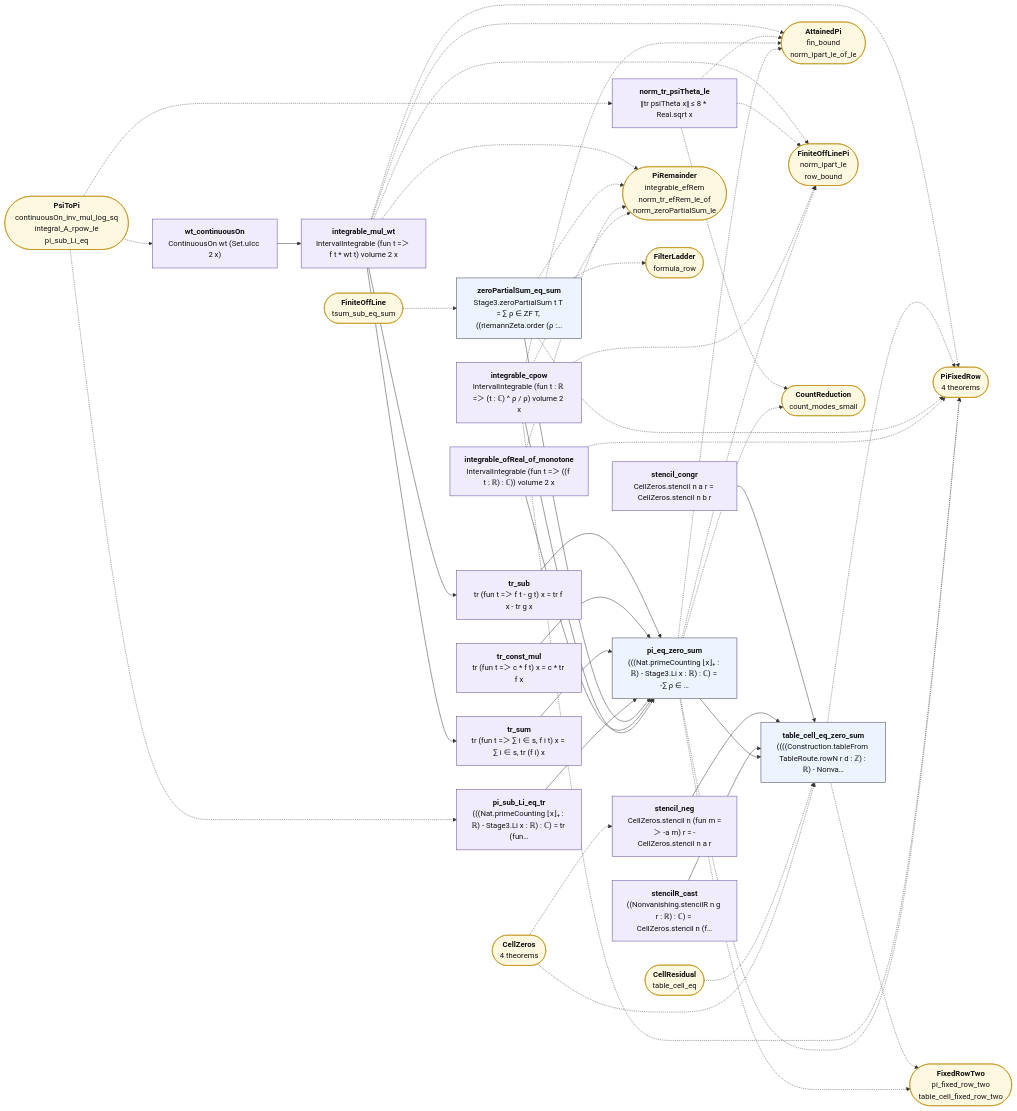
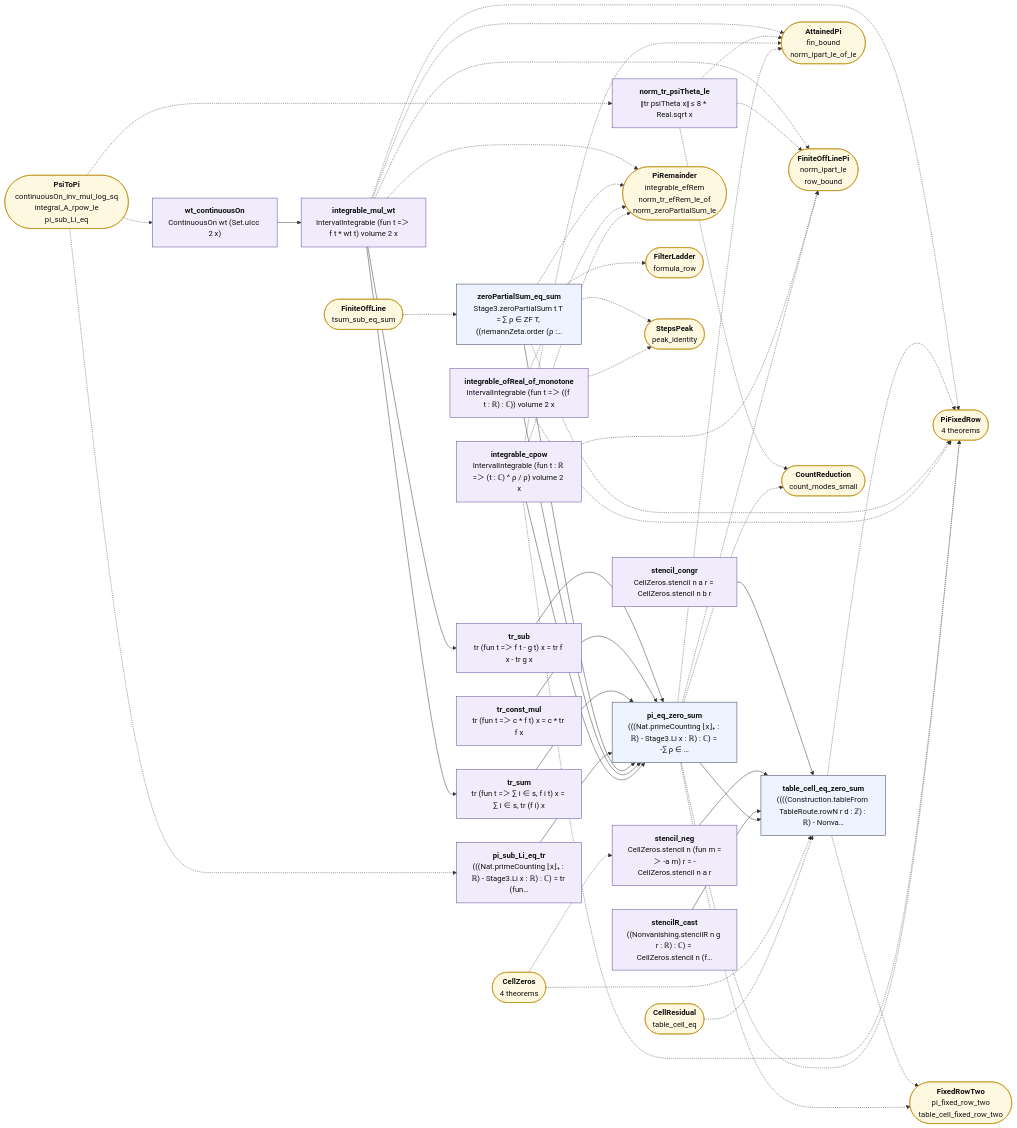
One commit to juliansambranojr/Primebeat_081426 changed the diagram in map/lean_stage3/PiZeros.mmd. Above: the diagram before and after it, drawn with Mermaid. The commit also changed 56 other files, not shown here.

```diff
--- a/map/lean_stage3/PiZeros.mmd
+++ b/map/lean_stage3/PiZeros.mmd
@@ -1,79 +1,82 @@
 flowchart LR
   n0["<b>wt_continuousOn</b><br/>ContinuousOn wt (Set.uIcc 2 x)"]:::shp
   n1["<b>integrable_mul_wt</b><br/>IntervalIntegrable (fun t =＞ f t * wt t) volume 2 x"]:::shp
   n2["<b>tr_sub</b><br/>tr (fun t =＞ f t - g t) x = tr f x - tr g x"]:::shp
   n3["<b>tr_const_mul</b><br/>tr (fun t =＞ c * f t) x = c * tr f x"]:::shp
   n4["<b>tr_sum</b><br/>tr (fun t =＞ ∑ i ∈ s, f i t) x = ∑ i ∈ s, tr (f i) x"]:::shp
   n5["<b>pi_sub_Li_eq_tr</b><br/>(((Nat.primeCounting ⌊x⌋₊ : ℝ) - Stage3.Li x : ℝ) : ℂ) = tr (fun…"]:::shp
   n6["<b>zeroPartialSum_eq_sum</b><br/>Stage3.zeroPartialSum t T = ∑ ρ ∈ ZF T, ((riemannZeta.order (ρ :…"]:::thm
   n7["<b>integrable_ofReal_of_monotone</b><br/>IntervalIntegrable (fun t =＞ ((f t : ℝ) : ℂ)) volume 2 x"]:::shp
   n8["<b>integrable_cpow</b><br/>IntervalIntegrable (fun t : ℝ =＞ (t : ℂ) ^ ρ / ρ) volume 2 x"]:::shp
   n9["<b>pi_eq_zero_sum</b><br/>(((Nat.primeCounting ⌊x⌋₊ : ℝ) - Stage3.Li x : ℝ) : ℂ) = -∑ ρ ∈ …"]:::thm
   n10["<b>norm_tr_psiTheta_le</b><br/>‖tr psiTheta x‖ ≤ 8 * Real.sqrt x"]:::shp
   n11["<b>stencil_congr</b><br/>CellZeros.stencil n a r = CellZeros.stencil n b r"]:::shp
   n12["<b>stencil_neg</b><br/>CellZeros.stencil n (fun m =＞ -a m) r = -CellZeros.stencil n a r"]:::shp
   n13["<b>stencilR_cast</b><br/>((Nonvanishing.stencilR n g r : ℝ) : ℂ) = CellZeros.stencil n (f…"]:::shp
   n14["<b>table_cell_eq_zero_sum</b><br/>((((Construction.tableFrom TableRoute.rowN r d : ℤ) : ℝ) - Nonva…"]:::thm
   x0(["<b>PsiToPi</b><br/>continuousOn_inv_mul_log_sq<br/>integral_A_rpow_le<br/>pi_sub_Li_eq"]):::ext
   x1(["<b>AttainedPi</b><br/>fin_bound<br/>norm_ipart_le_of_le"]):::ext
   x2(["<b>FiniteOffLinePi</b><br/>norm_ipart_le<br/>row_bound"]):::ext
   x3(["<b>PiFixedRow</b><br/>4 theorems"]):::ext
   x4(["<b>PiRemainder</b><br/>integrable_efRem<br/>norm_tr_efRem_le_of<br/>norm_zeroPartialSum_le"]):::ext
   x5(["<b>FiniteOffLine</b><br/>tsum_sub_eq_sum"]):::ext
   x6(["<b>FilterLadder</b><br/>formula_row"]):::ext
-  x7(["<b>CountReduction</b><br/>count_modes_small"]):::ext
-  x8(["<b>FixedRowTwo</b><br/>pi_fixed_row_two<br/>table_cell_fixed_row_two"]):::ext
-  x9(["<b>CellZeros</b><br/>4 theorems"]):::ext
-  x10(["<b>CellResidual</b><br/>table_cell_eq"]):::ext
+  x7(["<b>StepsPeak</b><br/>peak_identity"]):::ext
+  x8(["<b>CountReduction</b><br/>count_modes_small"]):::ext
+  x9(["<b>FixedRowTwo</b><br/>pi_fixed_row_two<br/>table_cell_fixed_row_two"]):::ext
+  x10(["<b>CellZeros</b><br/>4 theorems"]):::ext
+  x11(["<b>CellResidual</b><br/>table_cell_eq"]):::ext
   n0 --> n1
   n1 --> n2
   n1 --> n4
   n11 --> n14
   n12 --> n14
   n13 --> n14
   n2 --> n9
   n3 --> n9
   n4 --> n9
   n5 --> n9
   n6 --> n9
   n7 --> n9
   n8 --> n9
   n9 --> n14
   n1 -.-> x1
   n1 -.-> x2
   n1 -.-> x3
   n1 -.-> x4
   n10 -.-> x1
   n10 -.-> x2
-  n10 -.-> x7
+  n10 -.-> x8
   n14 -.-> x3
-  n14 -.-> x8
+  n14 -.-> x9
   n6 -.-> x3
   n6 -.-> x4
   n6 -.-> x6
+  n6 -.-> x7
   n7 -.-> x3
   n7 -.-> x4
+  n7 -.-> x7
   n8 -.-> x1
   n8 -.-> x2
   n8 -.-> x3
   n8 -.-> x4
   n9 -.-> x1
   n9 -.-> x2
   n9 -.-> x3
-  n9 -.-> x7
   n9 -.-> x8
+  n9 -.-> x9
   x0 -.-> n0
   x0 -.-> n10
   x0 -.-> n5
+  x10 -.-> n12
   x10 -.-> n14
+  x11 -.-> n14
   x5 -.-> n6
-  x9 -.-> n12
-  x9 -.-> n14
   classDef cnt fill:#dff5ec,stroke:#17694a,color:#111
   classDef shp fill:#f1ecfb,stroke:#5b3fa0,color:#111
   classDef rh fill:#ffe5e5,stroke:#c22,color:#111,stroke-width:2px
   classDef thm fill:#eef4ff,stroke:#335,color:#111
   classDef end_ fill:#e7f7e7,stroke:#2a7,color:#111,stroke-width:2px
   classDef lone fill:#fff,stroke:#999,color:#111,stroke-dasharray:4 3
   classDef bad fill:#ffe5e5,stroke:#c22,color:#111,stroke-width:2px
   classDef ext fill:#fff8e1,stroke:#b80,color:#111
```
